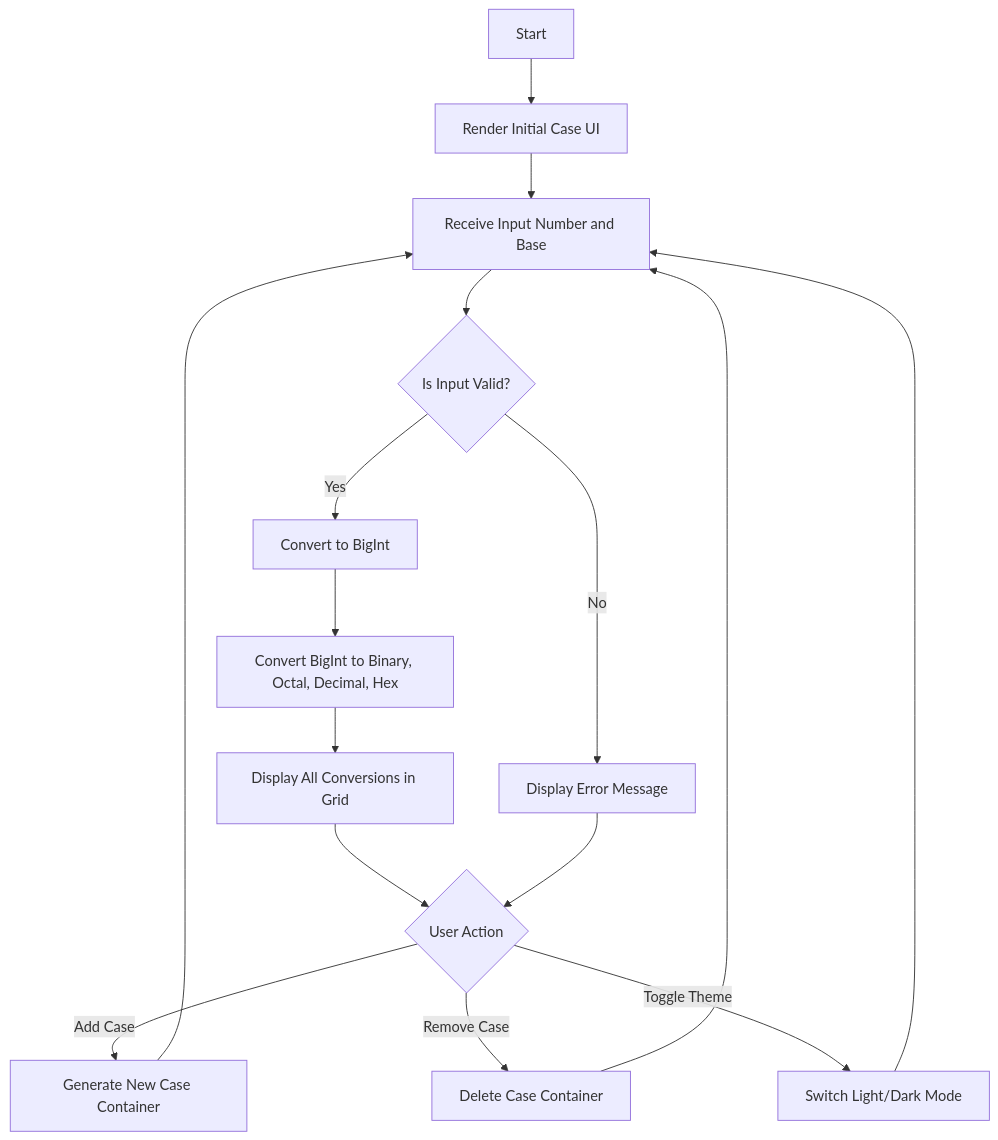
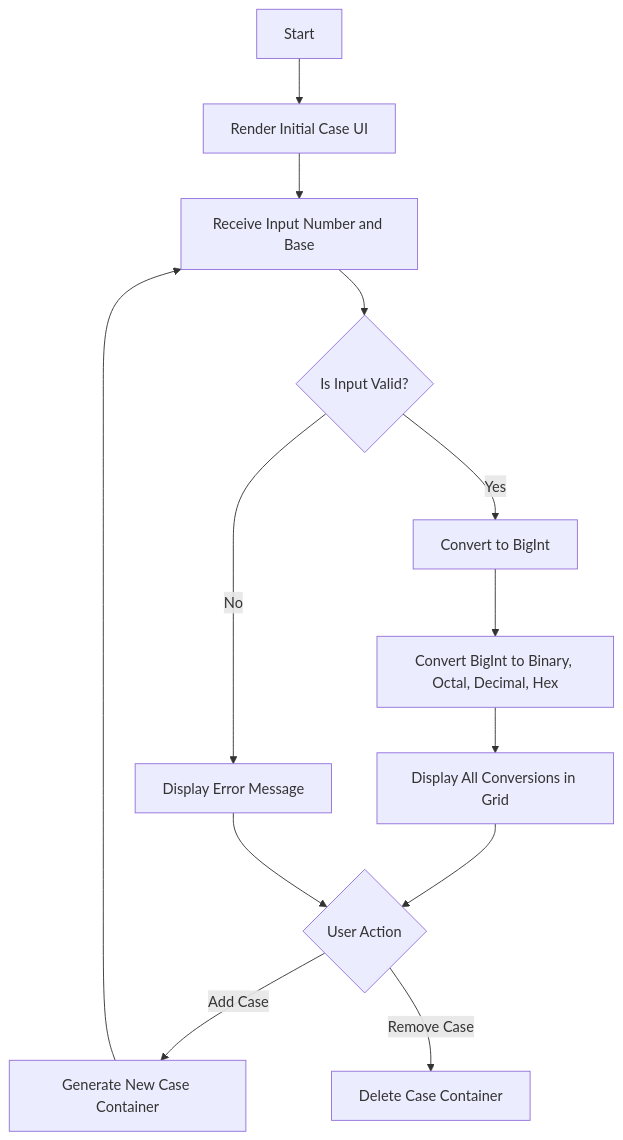
The diagram in README.md (dontstaycozy/Number-System-Converter), drawn with Mermaid before and after one commit.

````diff
--- a/README.md
+++ b/README.md
@@ -87,18 +87,15 @@
 ```mermaid
 graph TD
   A[Start] --> B[Render Initial Case UI]
   B --> C[Receive Input Number and Base]
   C --> D{Is Input Valid?}
   D -- No --> E[Display Error Message]
   D -- Yes --> F[Convert to BigInt]
   F --> G[Convert BigInt to Binary, Octal, Decimal, Hex]
   G --> H[Display All Conversions in Grid]
   H --> I{User Action}
   E --> I
   I -- Add Case --> J[Generate New Case Container]
   J --> C
   I -- Remove Case --> K[Delete Case Container]
-  K --> C
-  I -- Toggle Theme --> L[Switch Light/Dark Mode]
-  L --> C
 ```
````
